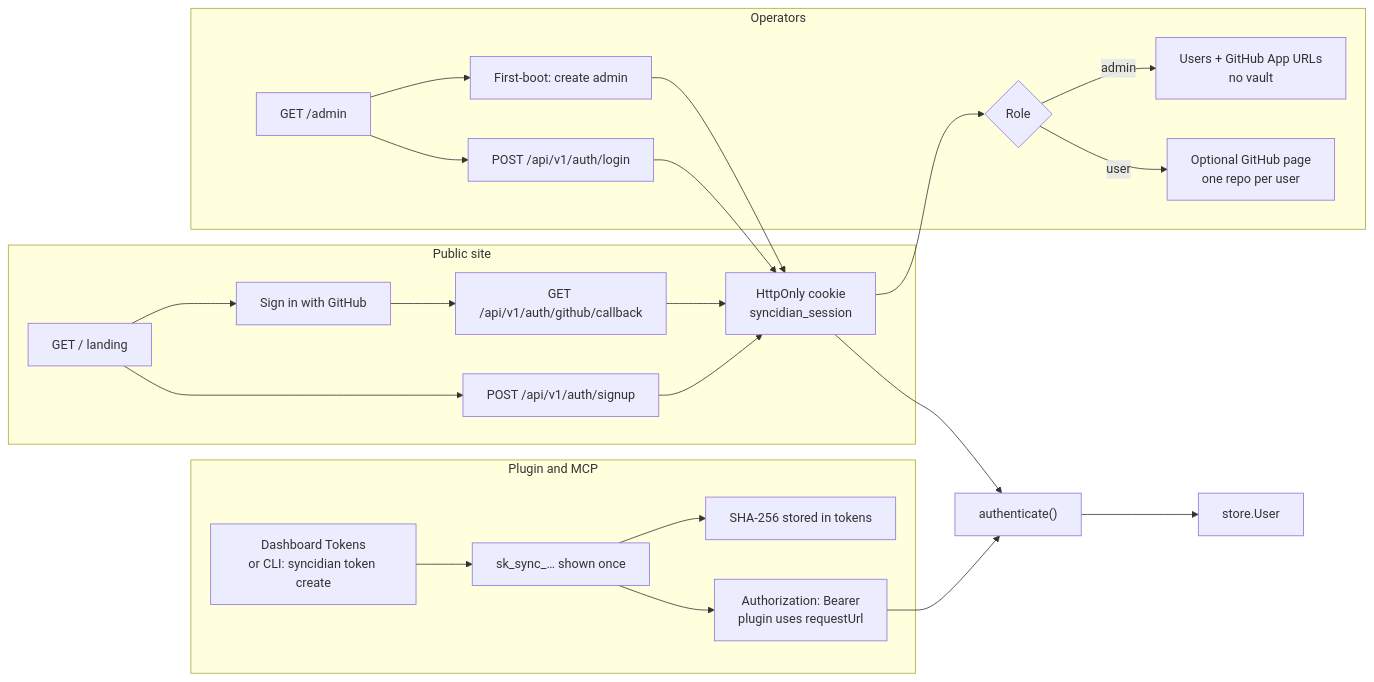
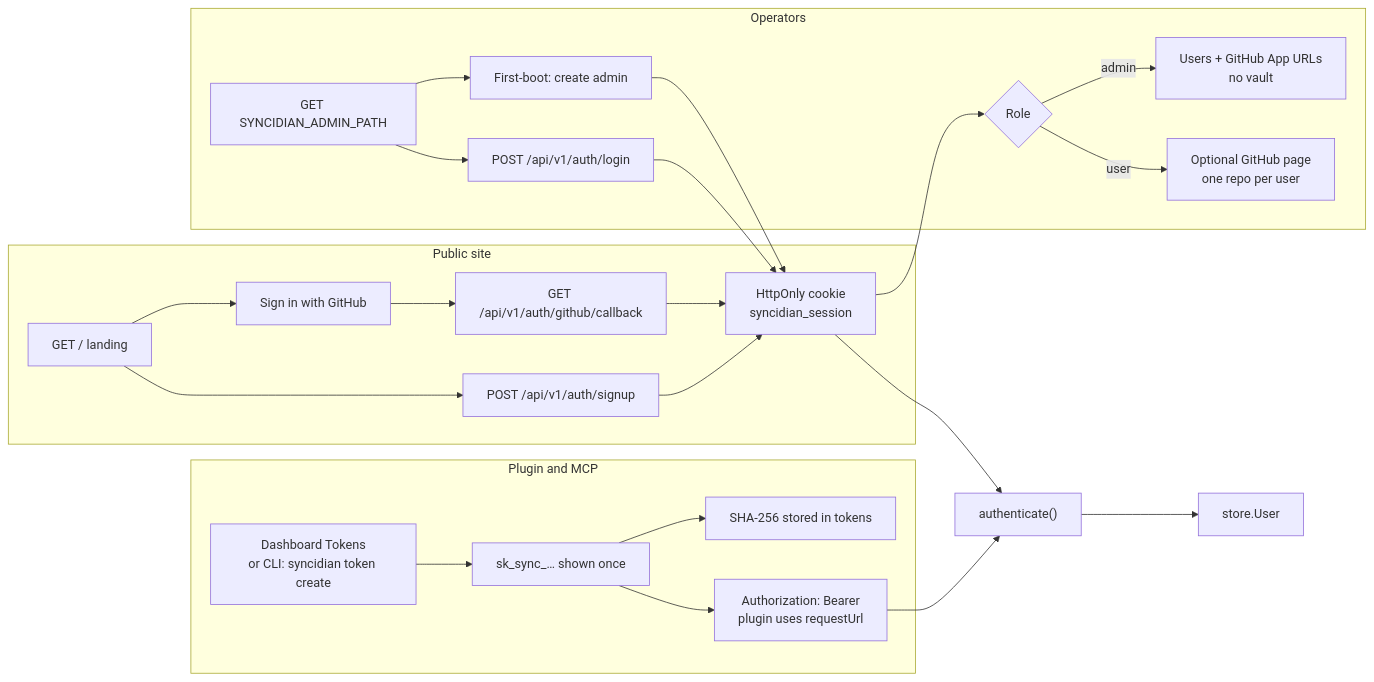
The ninth of 13 diagrams in docs/architecture.md (shangeethsivan/Syncidian), drawn with Mermaid before and after one commit. The commit also changed other lines of this file and 15 other files, not shown here.

````diff
--- a/docs/architecture.md
+++ b/docs/architecture.md
@@ -320,30 +319,30 @@
 ```mermaid
 flowchart LR
   subgraph site [Public site]
     Land["GET / landing"] --> GitHub["Sign in with GitHub"]
     Land --> Email["POST /api/v1/auth/signup"]
     GitHub --> Callback["GET /api/v1/auth/github/callback"]
     Callback --> Cookie["HttpOnly cookie<br/>syncidian_session"]
     Email --> Cookie
   end
 
   subgraph admin [Operators]
-    AdminUI["GET /admin"] --> Setup["First-boot: create admin"]
+    AdminUI["GET SYNCIDIAN_ADMIN_PATH"] --> Setup["First-boot: create admin"]
     AdminUI --> Login["POST /api/v1/auth/login"]
     Setup --> Cookie
     Login --> Cookie
     Cookie --> Split{"Role"}
     Split -->|"admin"| UsersOnly["Users + GitHub App URLs<br/>no vault"]
     Split -->|"user"| VaultUI["Optional GitHub page<br/>one repo per user"]
   end
 
   subgraph pluginAuth [Plugin and MCP]
     Tokens["Dashboard Tokens<br/>or CLI: syncidian token create"] --> Raw["sk_sync_… shown once"]
     Raw --> Hash["SHA-256 stored in tokens"]
     Raw --> Header["Authorization: Bearer<br/>plugin uses requestUrl"]
   end
 
   Cookie --> Authed["authenticate()"]
   Header --> Authed
   Authed --> User["store.User"]
 ```
````
